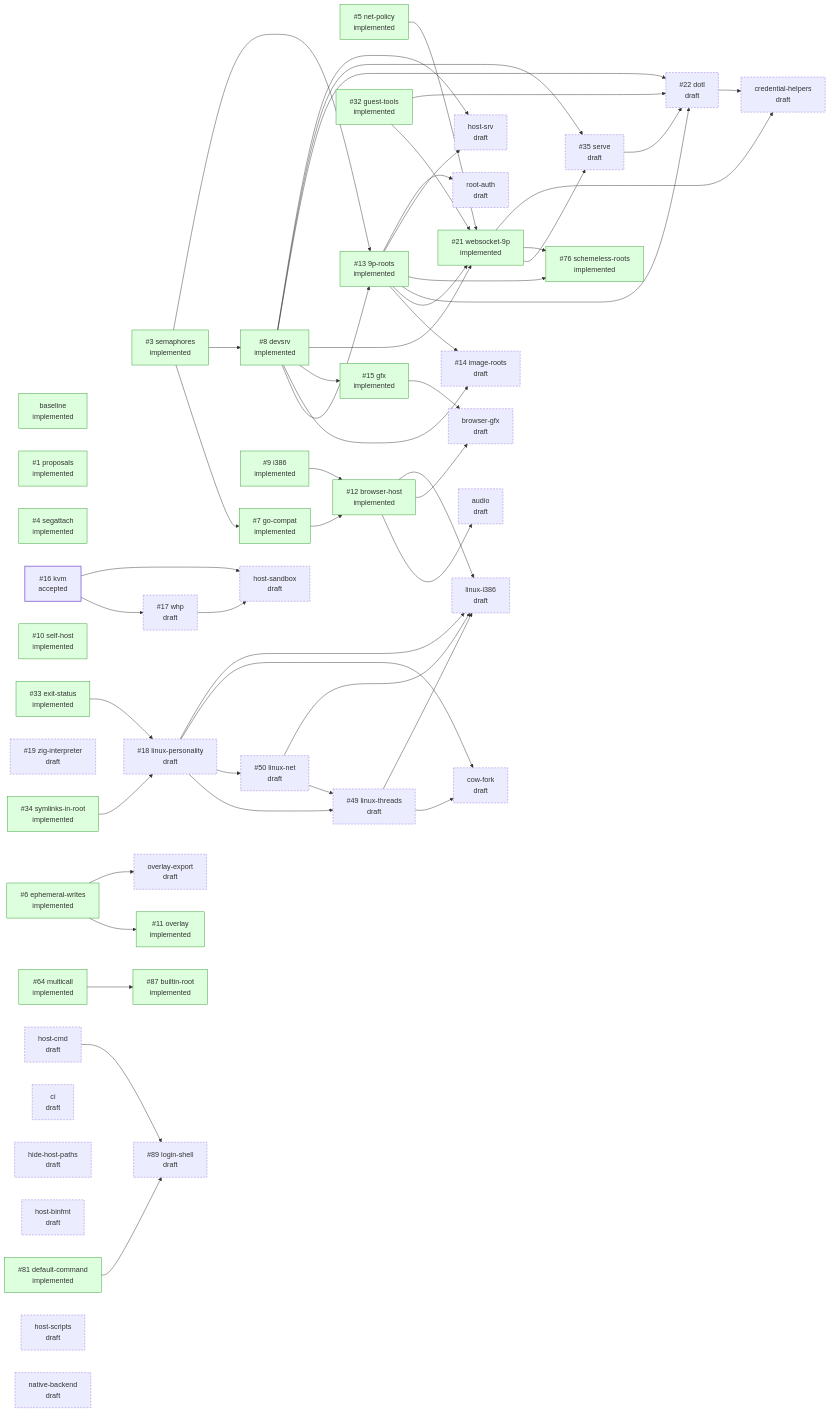
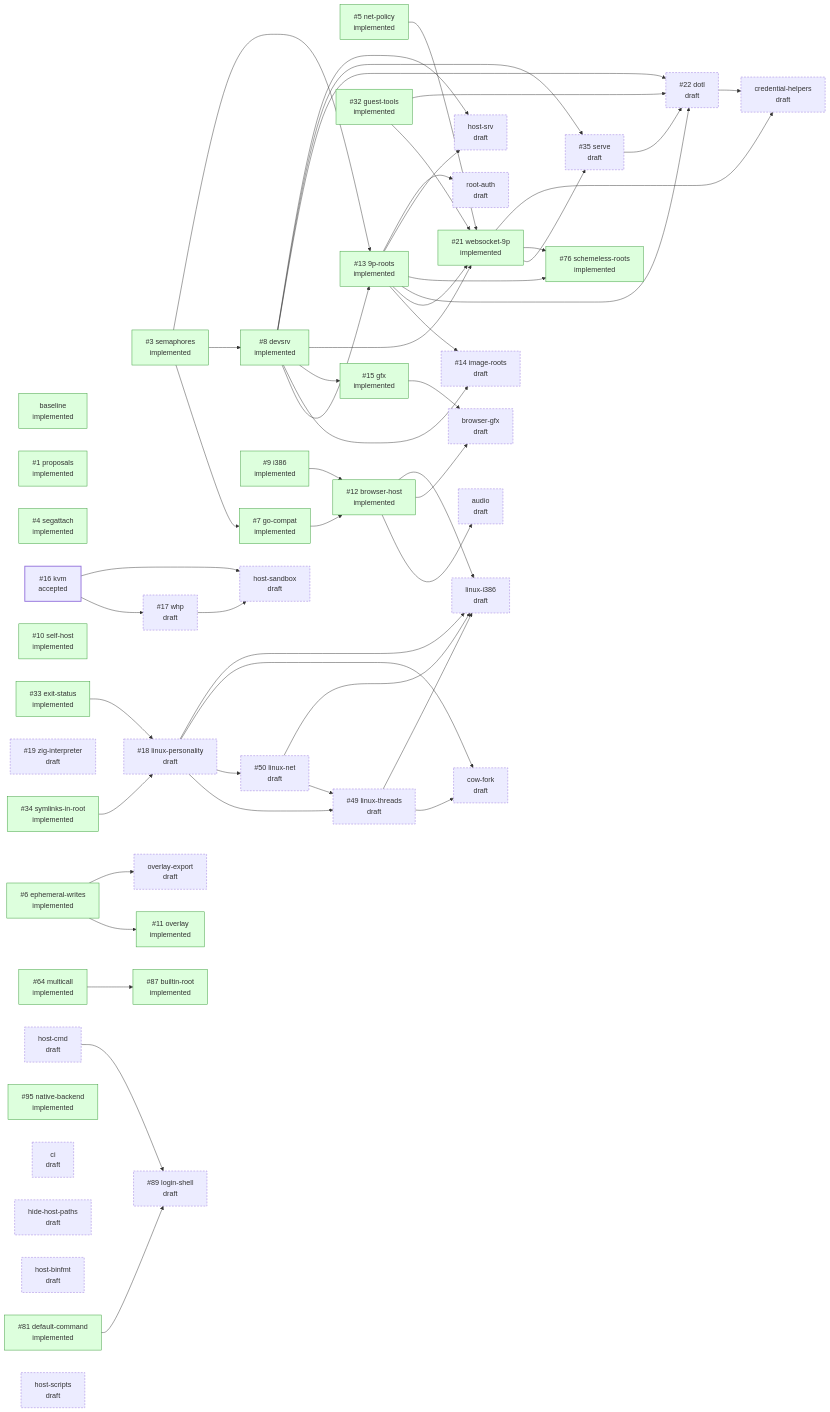
The diagram in design/STATUS.md (progrium/hyper9), drawn with Mermaid before and after one commit. The commit also changed other lines of this file, not shown here.

Commit message:
design: regenerate STATUS.md

```diff
--- a/design/STATUS.md
+++ b/design/STATUS.md
@@ -92,6 +92,7 @@
   p_default_command["#35;81 default-command<br/>implemented"]:::implemented
   p_builtin_root["#35;87 builtin-root<br/>implemented"]:::implemented
   p_login_shell["#35;89 login-shell<br/>draft"]:::draft
+  p_native_backend["#35;95 native-backend<br/>implemented"]:::implemented
   p_audio["audio<br/>draft"]:::draft
   p_browser_gfx["browser-gfx<br/>draft"]:::draft
   p_ci["ci<br/>draft"]:::draft
@@ -104,7 +105,6 @@
   p_host_scripts["host-scripts<br/>draft"]:::draft
   p_host_srv["host-srv<br/>draft"]:::draft
   p_linux_i386["linux-i386<br/>draft"]:::draft
-  p_native_backend["native-backend<br/>draft"]:::draft
   p_overlay_export["overlay-export<br/>draft"]:::draft
   p_root_auth["root-auth<br/>draft"]:::draft
   p_semaphores --> p_go_compat
```
